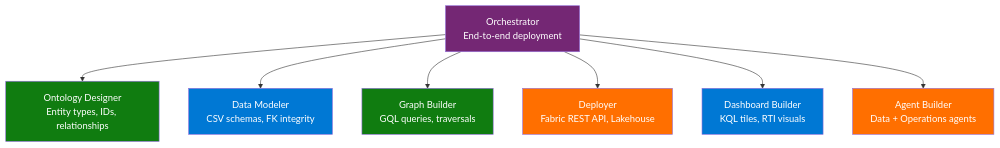
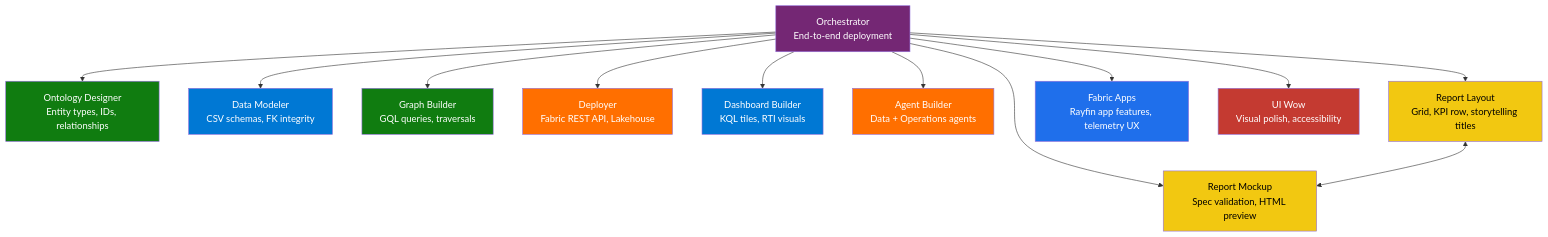
One commit to cyphou/Ontology-RTI changed diagram 13 of 14 in README.md. Above: the diagram before and after it, drawn with Mermaid. The commit also changed other lines of this file and 8 other files, not shown here.

````diff
--- a/README.md
+++ b/README.md
@@ -695,19 +871,29 @@
 ```mermaid
 flowchart TB
     ORCH["Orchestrator\nEnd-to-end deployment"]
 
     ORCH --> OD["Ontology Designer\nEntity types, IDs, relationships"]
     ORCH --> DM["Data Modeler\nCSV schemas, FK integrity"]
     ORCH --> GB["Graph Builder\nGQL queries, traversals"]
     ORCH --> DEP["Deployer\nFabric REST API, Lakehouse"]
     ORCH --> DB["Dashboard Builder\nKQL tiles, RTI visuals"]
     ORCH --> AB["Agent Builder\nData + Operations agents"]
+    ORCH --> RL["Report Layout\nGrid, KPI row, storytelling titles"]
+    ORCH --> RM["Report Mockup\nSpec validation, HTML preview"]
+    ORCH --> FAB["Fabric Apps\nRayfin app features, telemetry UX"]
+    ORCH --> UIW["UI Wow\nVisual polish, accessibility"]
+
+    RL <--> RM
 
     style ORCH fill:#742774,color:#fff
     style OD fill:#107C10,color:#fff
     style DM fill:#0078D4,color:#fff
     style GB fill:#107C10,color:#fff
     style DEP fill:#FF6F00,color:#fff
     style DB fill:#0078D4,color:#fff
     style AB fill:#FF6F00,color:#fff
+    style RL fill:#F2C811,color:#000
+    style RM fill:#F2C811,color:#000
+    style FAB fill:#1f6feb,color:#fff
+    style UIW fill:#C43A31,color:#fff
 ```
````
